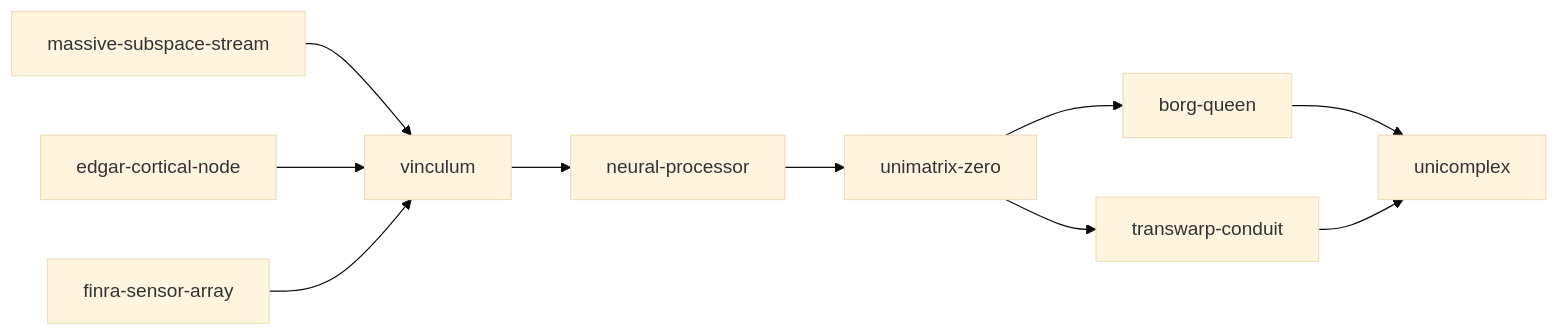
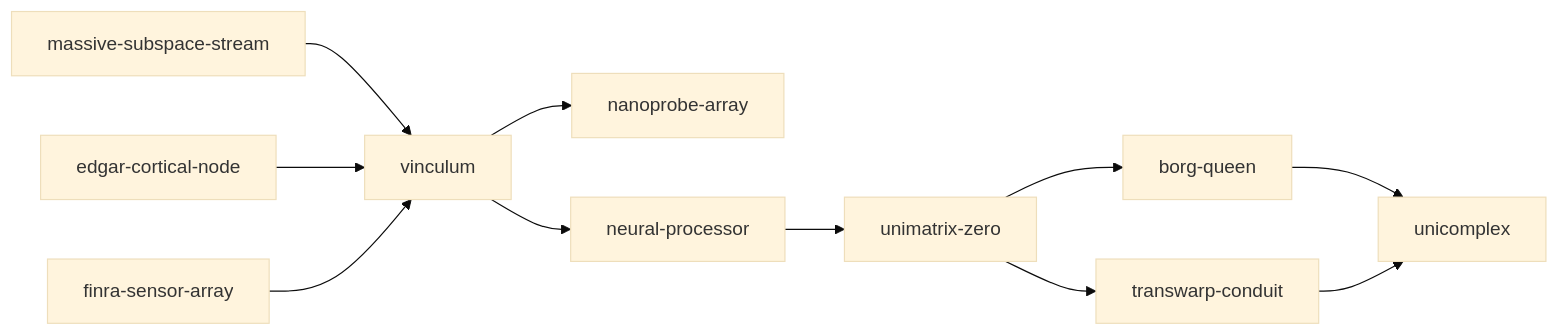
Before and after one commit to yurit04/collective-alpha: the diagram in README.md, drawn with Mermaid (base theme). The commit also changed other lines of this file and 19 other files, not shown here.

````diff
--- a/README.md
+++ b/README.md
@@ -18,12 +18,13 @@
 ```mermaid
 flowchart LR
     massive[massive-subspace-stream] --> vinculum
+    vinculum --> nanoprobe[nanoprobe-array]
     edgar[edgar-cortical-node] --> vinculum
     finra[finra-sensor-array] --> vinculum
     vinculum --> neural[neural-processor]
     neural --> unimatrix[unimatrix-zero]
     unimatrix --> queen[borg-queen]
     unimatrix --> conduit[transwarp-conduit]
     queen --> unicomplex
     conduit --> unicomplex
 ```
````
